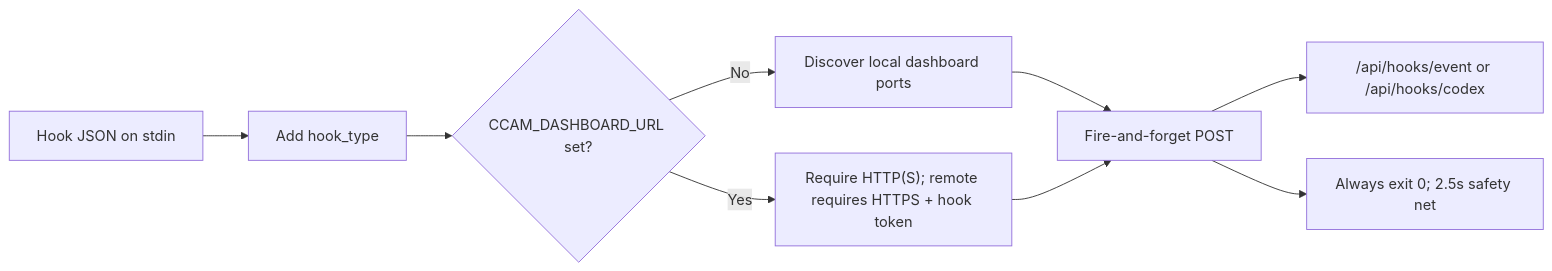
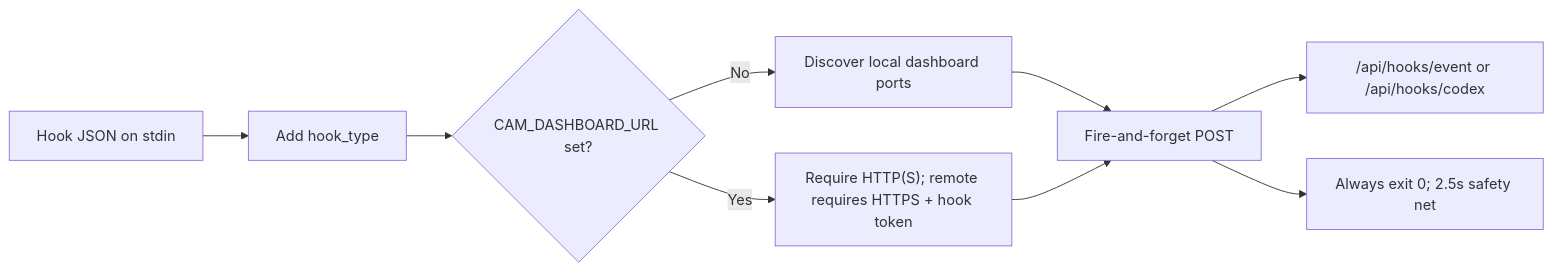
Before and after one commit to buluma/Code-Agent-Monitor: the sixth of 10 diagrams in docs/HOOKS.md, drawn with Mermaid. The commit also changed other lines of this file and 500 other files, not shown here.

First line of the commit message:
refactor!: rename CCAM to CAM across all surfaces (#20)

````diff
--- a/docs/HOOKS.md
+++ b/docs/HOOKS.md
@@ -701,11 +701,11 @@
 ```mermaid
 flowchart LR
   STDIN["Hook JSON on stdin"] --> WRAP["Add hook_type"]
-  WRAP --> TARGET{"CCAM_DASHBOARD_URL set?"}
+  WRAP --> TARGET{"CAM_DASHBOARD_URL set?"}
   TARGET -->|No| LOCAL["Discover local dashboard ports"]
   TARGET -->|Yes| VALIDATE["Require HTTP(S); remote requires HTTPS + hook token"]
   LOCAL --> SEND["Fire-and-forget POST"]
   VALIDATE --> SEND
   SEND --> EVENT["/api/hooks/event or /api/hooks/codex"]
   SEND --> EXIT["Always exit 0; 2.5s safety net"]
 ```
````
